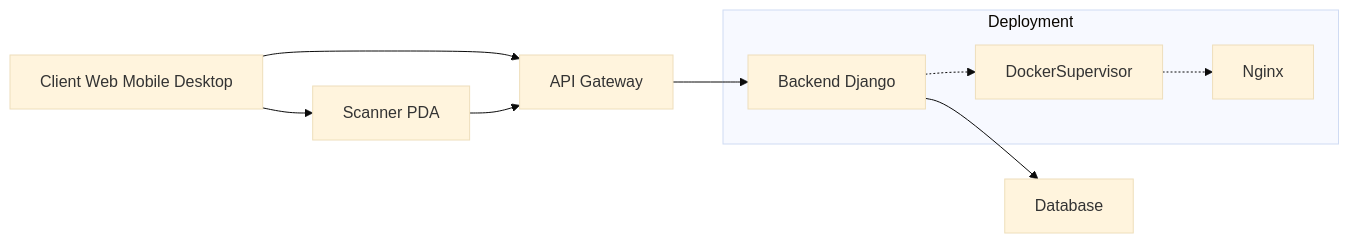
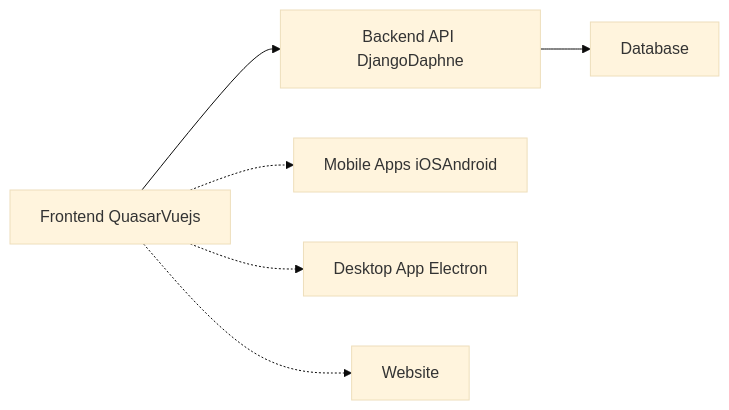
The diagram in docs/design/high-level-design.md (HimansuSaha/GreaterWMS), drawn with Mermaid (base theme) before and after one commit. The commit also changed other lines of this file and 4 other files, not shown here.

````diff
--- a/docs/design/high-level-design.md
+++ b/docs/design/high-level-design.md
@@ -9,12 +15,8 @@
 ```mermaid
 graph LR
-    A[Client Web Mobile Desktop] --> B[API Gateway];
-    B --> C[Backend Django];
-    C --> D[Database];
-    A --> E[Scanner PDA];
-    E --> B;
-    subgraph "Deployment"
-        C -.-> F[DockerSupervisor];
-        F -.-> G[Nginx];
-    end
+    A[Frontend QuasarVuejs] --> B[Backend API DjangoDaphne];
+    B --> C[Database];
+    A -.-> D[Mobile Apps iOSAndroid];
+    A -.-> E[Desktop App Electron];
+    A -.-> F[Website];
 ```
````
